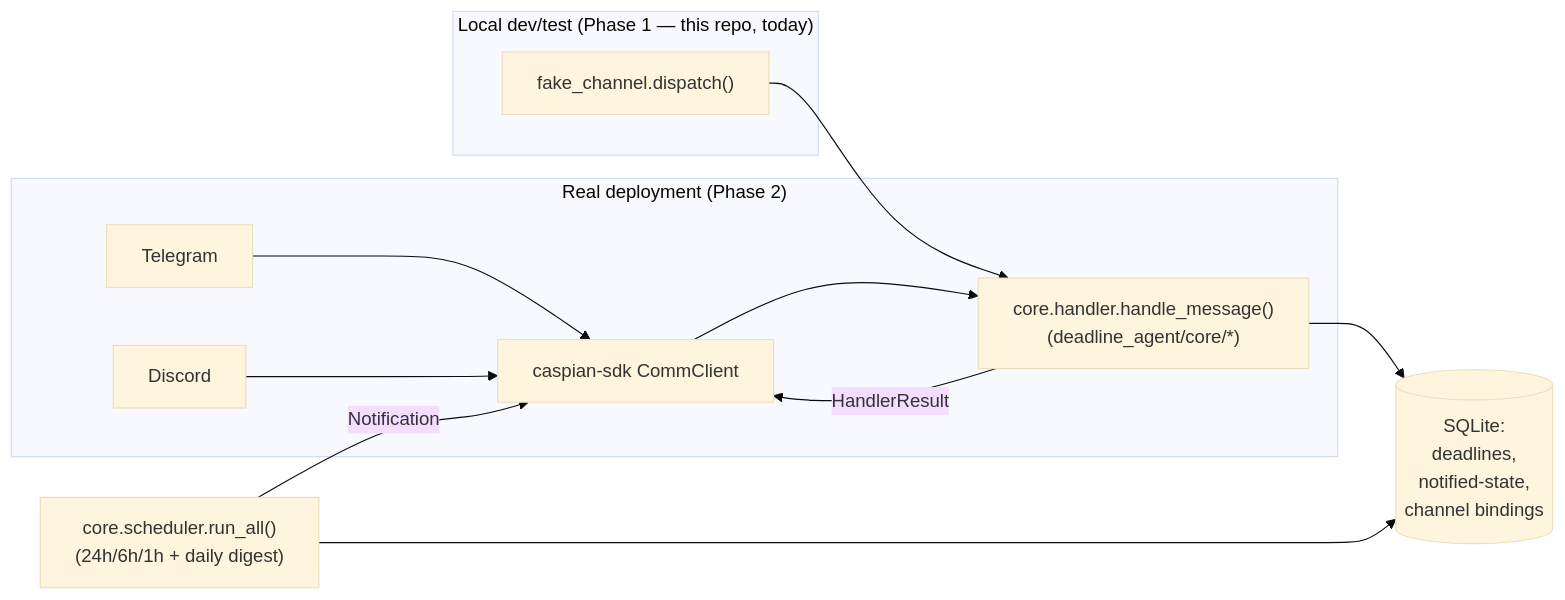
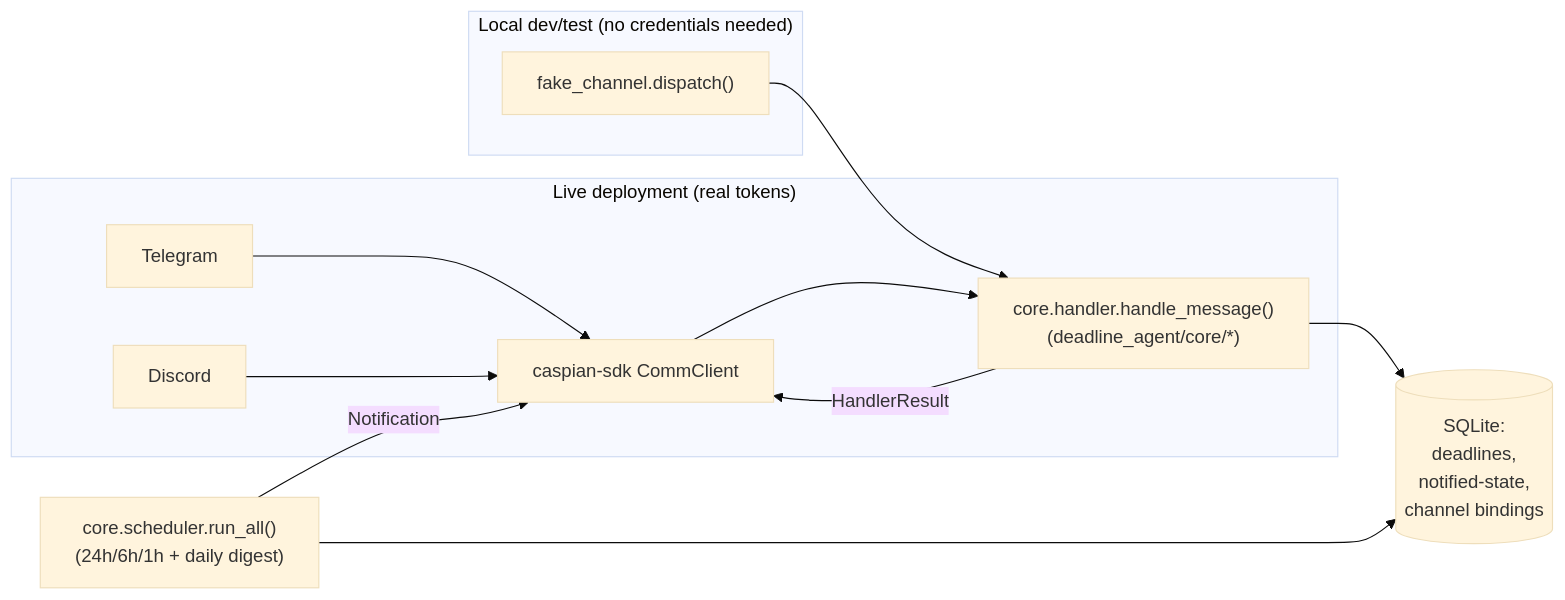
The diagram in README.md (Shivang-creator/deadline-agent), drawn with Mermaid (base theme) before and after one commit. The commit also changed other lines of this file, not shown here.

First line of the commit message:
README: fix mermaid line breaks, add demo run/stop instructions

````diff
--- a/README.md
+++ b/README.md
@@ -30,15 +30,15 @@
 ```mermaid
 flowchart LR
-    subgraph Real["Real deployment (Phase 2)"]
+    subgraph Real["Live deployment (real tokens)"]
         TG[Telegram] --> CC
         DC[Discord] --> CC
         CC["caspian-sdk CommClient"] --> H
     end
-    subgraph Fake["Local dev/test (Phase 1 — this repo, today)"]
+    subgraph Fake["Local dev/test (no credentials needed)"]
         FK["fake_channel.dispatch()"] --> H
     end
-    H["core.handler.handle_message()\n(deadline_agent/core/*)"] -->|"HandlerResult"| CC
-    H --> DB[(SQLite:\ndeadlines,\nnotified-state,\nchannel bindings)]
-    SCH["core.scheduler.run_all()\n(24h/6h/1h + daily digest)"] --> DB
+    H["core.handler.handle_message()<br/>(deadline_agent/core/*)"] -->|"HandlerResult"| CC
+    H --> DB[("SQLite:<br/>deadlines,<br/>notified-state,<br/>channel bindings")]
+    SCH["core.scheduler.run_all()<br/>(24h/6h/1h + daily digest)"] --> DB
     SCH -->|"Notification"| CC
 ```
````
